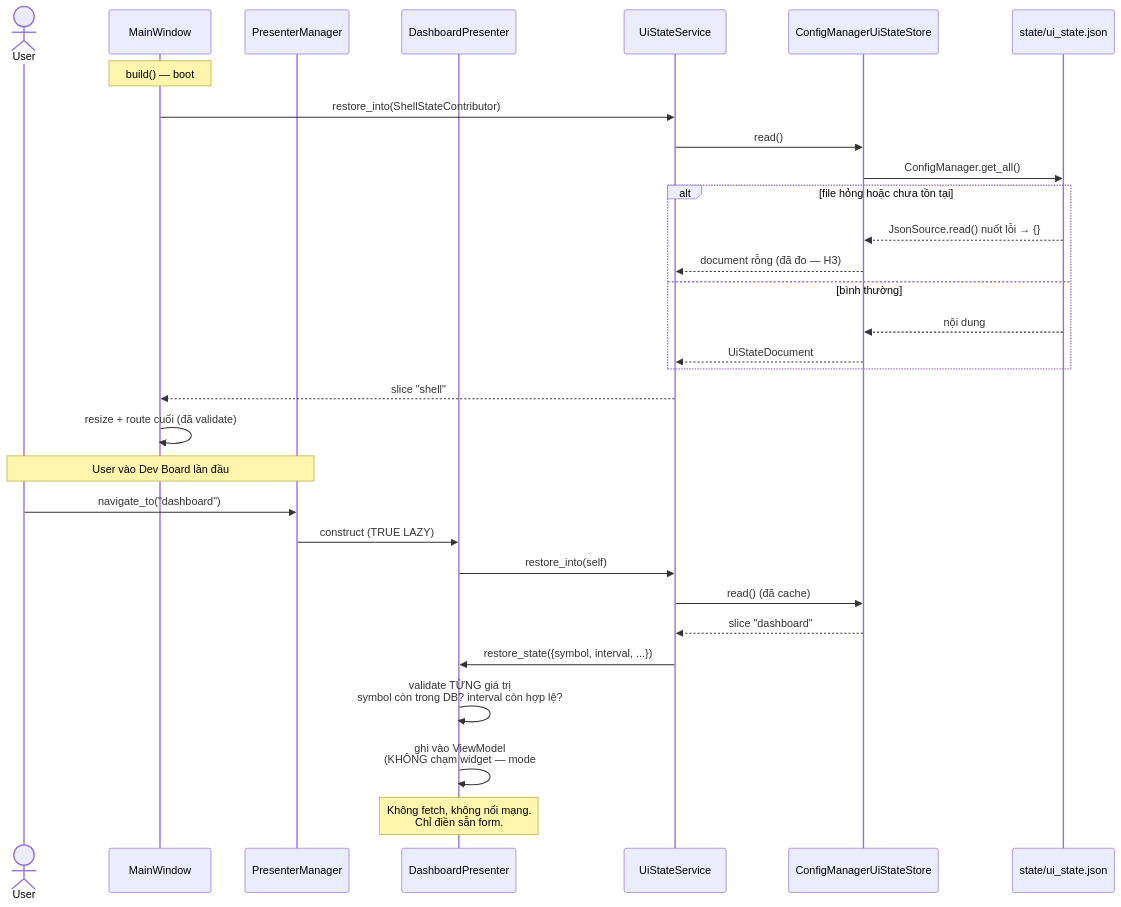
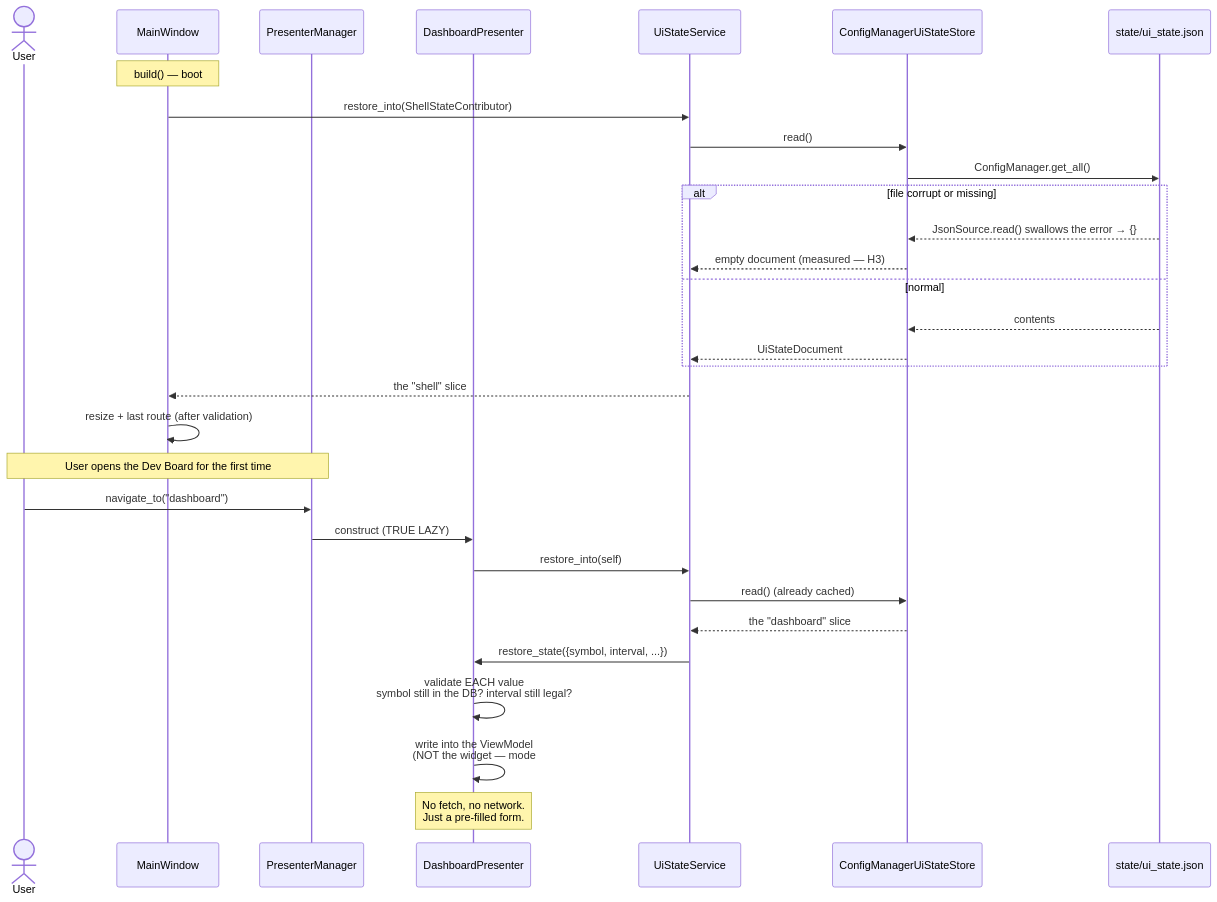
Before and after one commit to anhembedded/Sagittarius_Elite_Warrior: the seventh of 12 diagrams in Tasks/epics/EPIC-010_ghi_nho_gia_tri_cuoi/design/DESIGN_2026-08-25_ui_state_persistence.md, drawn with Mermaid. The commit also changed other lines of this file and 1 other file, not shown here.

````diff
--- a/Tasks/epics/EPIC-010_ghi_nho_gia_tri_cuoi/design/DESIGN_2026-08-25_ui_state_persistence.md
+++ b/Tasks/epics/EPIC-010_ghi_nho_gia_tri_cuoi/design/DESIGN_2026-08-25_ui_state_persistence.md
@@ -664,35 +690,35 @@
 ```mermaid
 sequenceDiagram
     actor U as User
     participant MW as MainWindow
     participant PM as PresenterManager
     participant DP as DashboardPresenter
     participant SVC as UiStateService
     participant ST as ConfigManagerUiStateStore
     participant FS as state/ui_state.json
 
     Note over MW: build() — boot
     MW->>SVC: restore_into(ShellStateContributor)
     SVC->>ST: read()
     ST->>FS: ConfigManager.get_all()
-    alt file hỏng hoặc chưa tồn tại
-        FS-->>ST: JsonSource.read() nuốt lỗi → {}
-        ST-->>SVC: document rỗng (đã đo — H3)
-    else bình thường
-        FS-->>ST: nội dung
+    alt file corrupt or missing
+        FS-->>ST: JsonSource.read() swallows the error → {}
+        ST-->>SVC: empty document (measured — H3)
+    else normal
+        FS-->>ST: contents
         ST-->>SVC: UiStateDocument
     end
-    SVC-->>MW: slice "shell"
-    MW->>MW: resize + route cuối (đã validate)
+    SVC-->>MW: the "shell" slice
+    MW->>MW: resize + last route (after validation)
 
-    Note over U,PM: User vào Dev Board lần đầu
+    Note over U,PM: User opens the Dev Board for the first time
     U->>PM: navigate_to("dashboard")
     PM->>DP: construct (TRUE LAZY)
     DP->>SVC: restore_into(self)
-    SVC->>ST: read() (đã cache)
-    ST-->>SVC: slice "dashboard"
+    SVC->>ST: read() (already cached)
+    ST-->>SVC: the "dashboard" slice
     SVC->>DP: restore_state({symbol, interval, ...})
-    DP->>DP: validate TỪNG giá trị<br/>symbol còn trong DB? interval còn hợp lệ?
-    DP->>DP: ghi vào ViewModel<br/>(KHÔNG chạm widget — mode #12)
-    Note over DP: Không fetch, không nối mạng.<br/>Chỉ điền sẵn form.
+    DP->>DP: validate EACH value<br/>symbol still in the DB? interval still legal?
+    DP->>DP: write into the ViewModel<br/>(NOT the widget — mode #12)
+    Note over DP: No fetch, no network.<br/>Just a pre-filled form.
 ```
````
